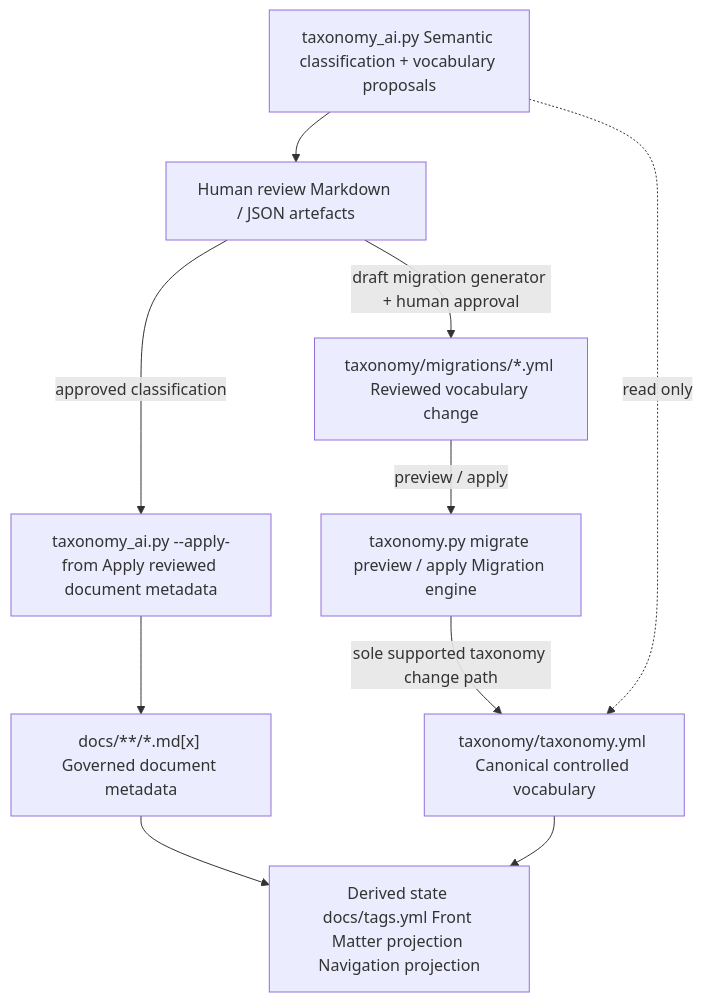
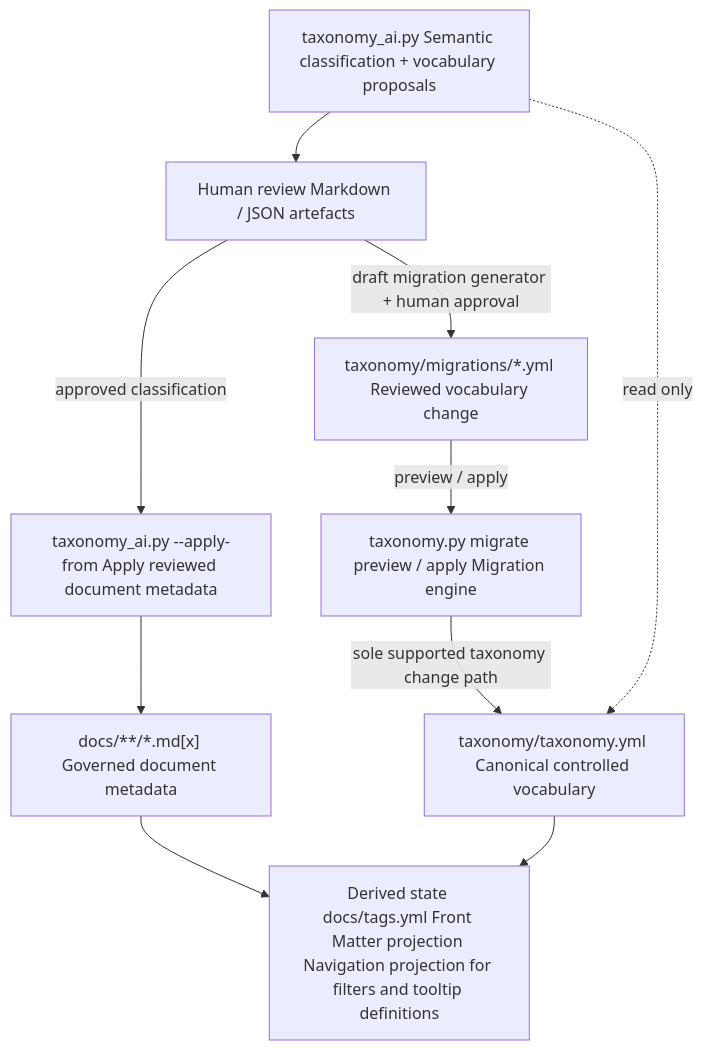
The first of 2 diagrams in docs/implementation-details/taxonomy.md (iand4096/docusaurusportfolio), drawn with Mermaid before and after one commit. The commit also changed other lines of this file and 14 other files, not shown here.

Commit message:
Add Front Matter taxonomy review panel and case study screenshots

````diff
--- a/docs/implementation-details/taxonomy.md
+++ b/docs/implementation-details/taxonomy.md
@@ -111,33 +111,33 @@
 ```mermaid
 flowchart TD
     accTitle: Taxonomy governance architecture
     accDescr {
       AI classification produces proposals for human review and reads the canonical vocabulary without changing it.
       Approved classifications update document metadata.
       Vocabulary changes require a reviewed migration, preview, and application through the migration engine, the sole supported path for changing the canonical taxonomy.
       The taxonomy and document metadata generate repository projections.
     }
     AI["`taxonomy_ai.py Semantic classification + vocabulary proposals`"]
     REVIEW["`Human review Markdown / JSON artefacts`"]
     APPLY["`taxonomy_ai.py --apply-from Apply reviewed document metadata`"]
     MIGRATION["`taxonomy/migrations/*.yml Reviewed vocabulary change`"]
     ENGINE["`taxonomy.py migrate preview / apply Migration engine`"]
     DOCS["`docs/**/*.md[x] Governed document metadata`"]
     TAXONOMY["`taxonomy/taxonomy.yml Canonical controlled vocabulary`"]
-    DERIVED["`Derived state docs/tags.yml Front Matter projection Navigation projection`"]
+    DERIVED["`Derived state docs/tags.yml Front Matter projection Navigation projection for filters and tooltip definitions`"]
 
     AI --> REVIEW
     REVIEW -->|"approved classification"| APPLY
     APPLY --> DOCS
     REVIEW -->|"draft migration generator + human approval"| MIGRATION
     MIGRATION -->|"preview / apply"| ENGINE
     ENGINE -->|"sole supported taxonomy change path"| TAXONOMY
     TAXONOMY --> DERIVED
     DOCS --> DERIVED
     AI -.->|"read only"| TAXONOMY
     class AI generation;
     class REVIEW interaction;
     class MIGRATION input;
     class APPLY,ENGINE process;
     class DOCS,TAXONOMY,DERIVED storage;
 ```
````
